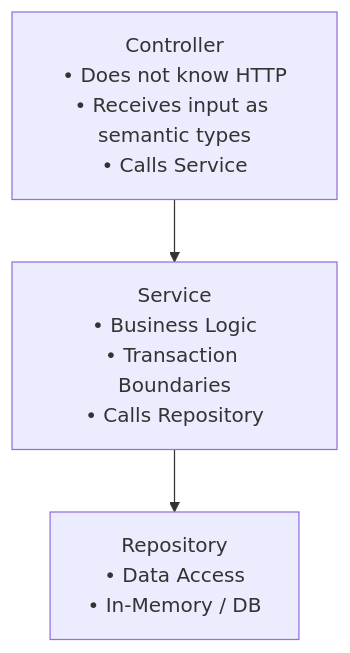
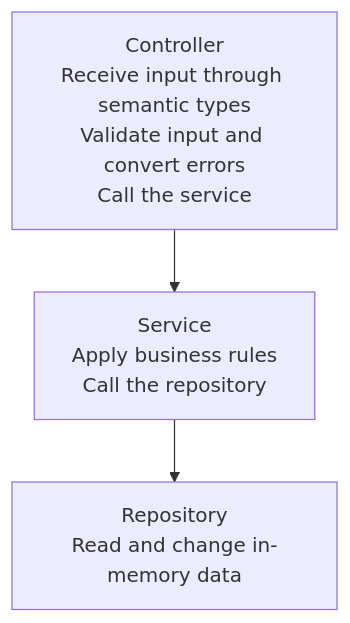
The diagram in docs/en/reference/examples/crud.md (NARUBROWN/spine-site), drawn with Mermaid before and after one commit. The commit also changed other lines of this file and 158 other files, not shown here.

````diff
--- a/docs/en/reference/examples/crud.md
+++ b/docs/en/reference/examples/crud.md
@@ -9,11 +13,11 @@
 ```mermaid
 graph TD
-    Controller["Controller<br/>• Does not know HTTP<br/>• Receives input as semantic types<br/>• Calls Service"]
-    
-    Service["Service<br/>• Business Logic<br/>• Transaction Boundaries<br/>• Calls Repository"]
-    
-    Repository["Repository<br/>• Data Access<br/>• In-Memory / DB"]
-    
+    Controller["Controller<br/>Receive input through semantic types<br/>Validate input and convert errors<br/>Call the service"]
+
+    Service["Service<br/>Apply business rules<br/>Call the repository"]
+
+    Repository["Repository<br/>Read and change in-memory data"]
+
     Controller --> Service
     Service --> Repository
 ```
````
